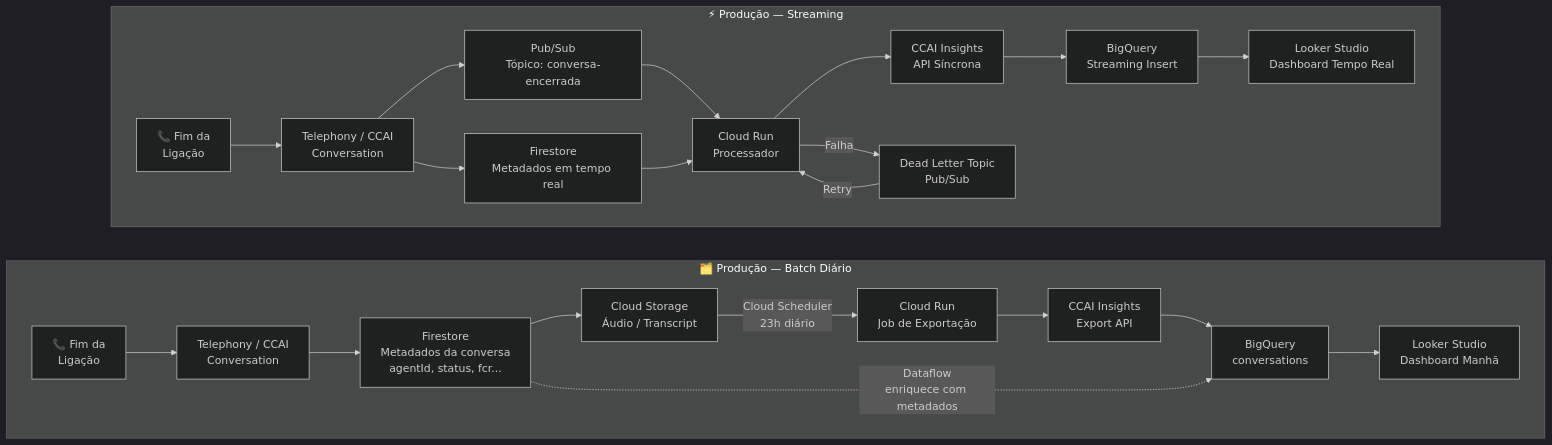
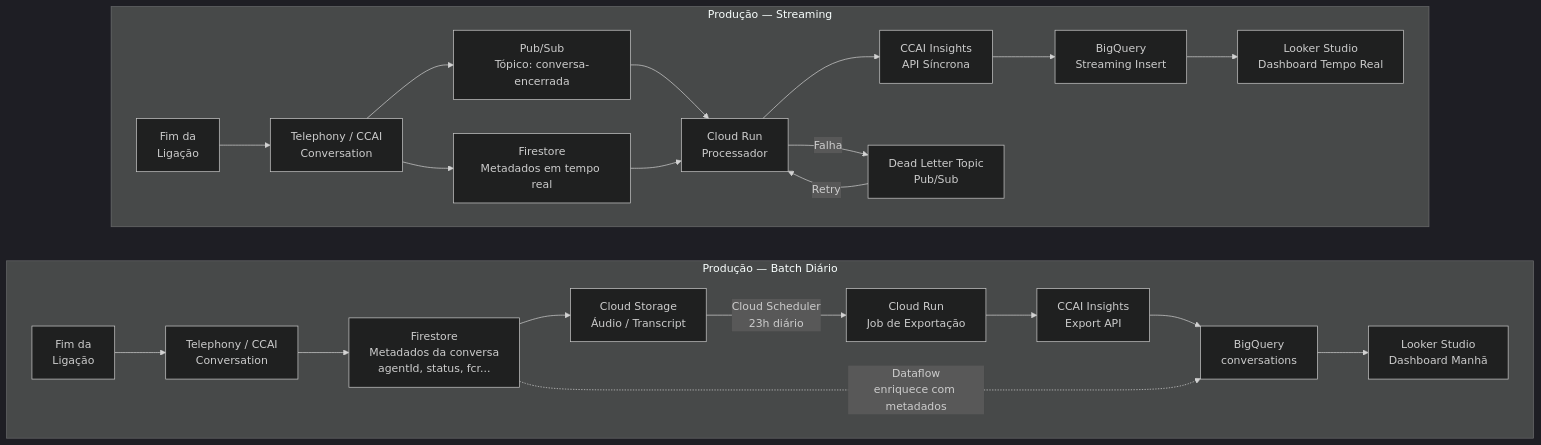
One commit to felippemozer/poc-gcp-ccai changed the second of 2 diagrams in README.md. Above: the diagram before and after it, drawn with Mermaid (dark theme). The commit also changed other lines of this file, not shown here.

Commit message:
ajustes finais

````diff
--- a/README.md
+++ b/README.md
@@ -47,29 +47,29 @@
 ```mermaid
 flowchart LR
 
-    subgraph BATCH["🗂️ Produção — Batch Diário"]
+    subgraph BATCH["Produção — Batch Diário"]
         direction LR
-        B1[📞 Fim da<br/>Ligação] --> B2[Telephony / CCAI<br/>Conversation]
+        B1[Fim da<br/>Ligação] --> B2[Telephony / CCAI<br/>Conversation]
         B2 --> B3[Firestore<br/>Metadados da conversa<br/>agentId, status, fcr...]
         B3 --> B4[Cloud Storage<br/>Áudio / Transcript]
         B4 -->|Cloud Scheduler<br/>23h diário| B5[Cloud Run<br/>Job de Exportação]
         B5 --> B6[CCAI Insights<br/>Export API]
         B6 --> B7[BigQuery<br/>conversations]
         B3 -.->|Dataflow<br/>enriquece com metadados| B7
         B7 --> B8[Looker Studio<br/>Dashboard Manhã]
     end
 
-    subgraph STREAM["⚡ Produção — Streaming"]
+    subgraph STREAM["Produção — Streaming"]
         direction LR
-        S1[📞 Fim da<br/>Ligação] --> S2[Telephony / CCAI<br/>Conversation]
+        S1[Fim da<br/>Ligação] --> S2[Telephony / CCAI<br/>Conversation]
         S2 --> S3[Pub/Sub<br/>Tópico: conversa-encerrada]
         S2 --> S4[Firestore<br/>Metadados em tempo real]
         S3 --> S5[Cloud Run<br/>Processador]
         S4 --> S5
         S5 --> S6[CCAI Insights<br/>API Síncrona]
         S6 --> S7[BigQuery<br/>Streaming Insert]
         S5 -->|Falha| S8[Dead Letter Topic<br/>Pub/Sub]
         S8 -->|Retry| S5
         S7 --> S9[Looker Studio<br/>Dashboard Tempo Real]
     end
 ```
````
